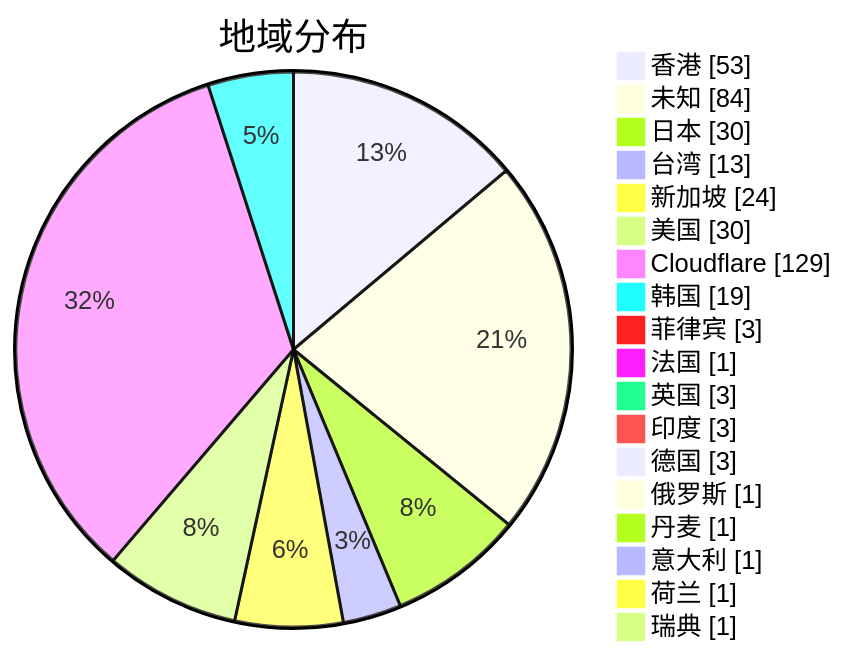
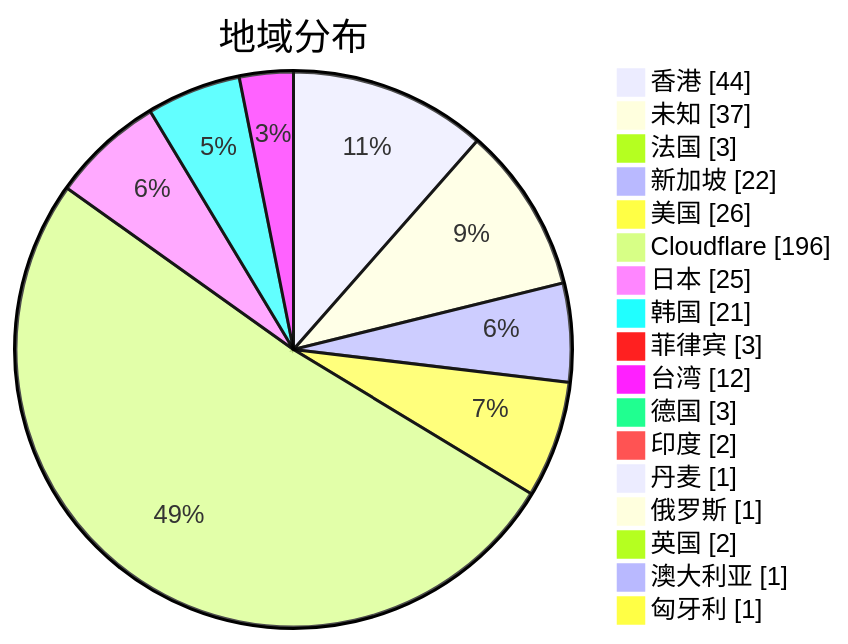
One commit to qjlxg/airport changed the second of 3 diagrams in subs/statistics/tested_within.md. Above: the diagram before and after it, drawn with Mermaid. The commit also changed other lines of this file and 2 other files, not shown here.

Commit message:
Tested by metaST

````diff
--- a/subs/statistics/tested_within.md
+++ b/subs/statistics/tested_within.md
@@ -13,22 +13,21 @@
 ```mermaid
 pie showData
 title 地域分布
-"香港" : 53
-"未知" : 84
-"日本" : 30
-"台湾" : 13
-"新加坡" : 24
-"美国" : 30
-"Cloudflare" : 129
-"韩国" : 19
+"香港" : 44
+"未知" : 37
+"法国" : 3
+"新加坡" : 22
+"美国" : 26
+"Cloudflare" : 196
+"日本" : 25
+"韩国" : 21
 "菲律宾" : 3
-"法国" : 1
-"英国" : 3
-"印度" : 3
+"台湾" : 12
 "德国" : 3
+"印度" : 2
+"丹麦" : 1
 "俄罗斯" : 1
-"丹麦" : 1
-"意大利" : 1
-"荷兰" : 1
-"瑞典" : 1
+"英国" : 2
+"澳大利亚" : 1
+"匈牙利" : 1
 ```
````
